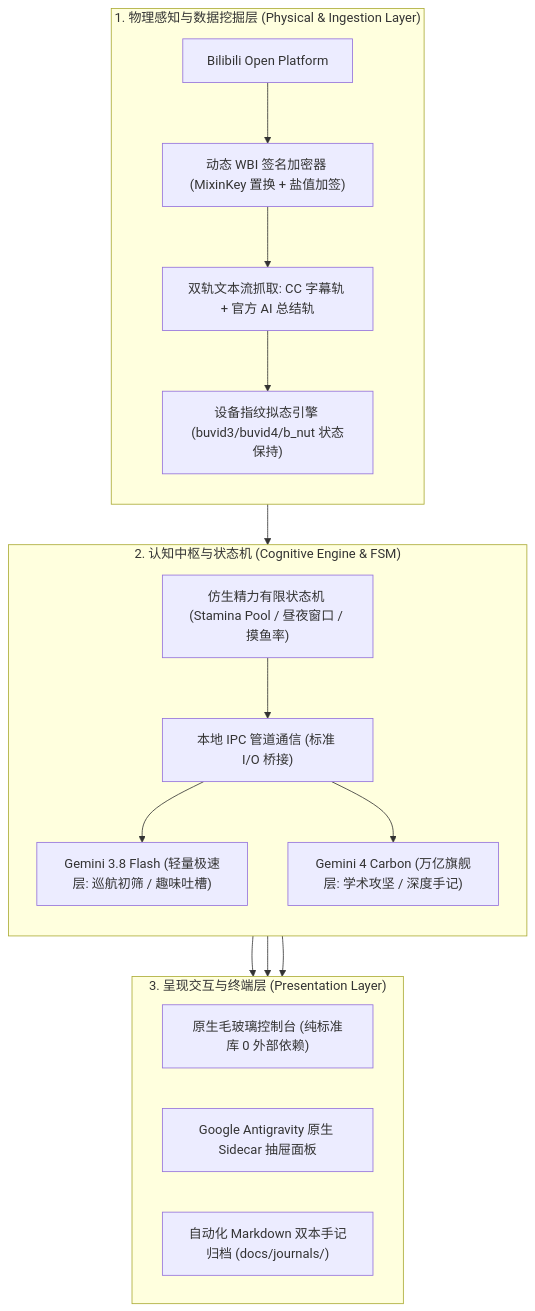
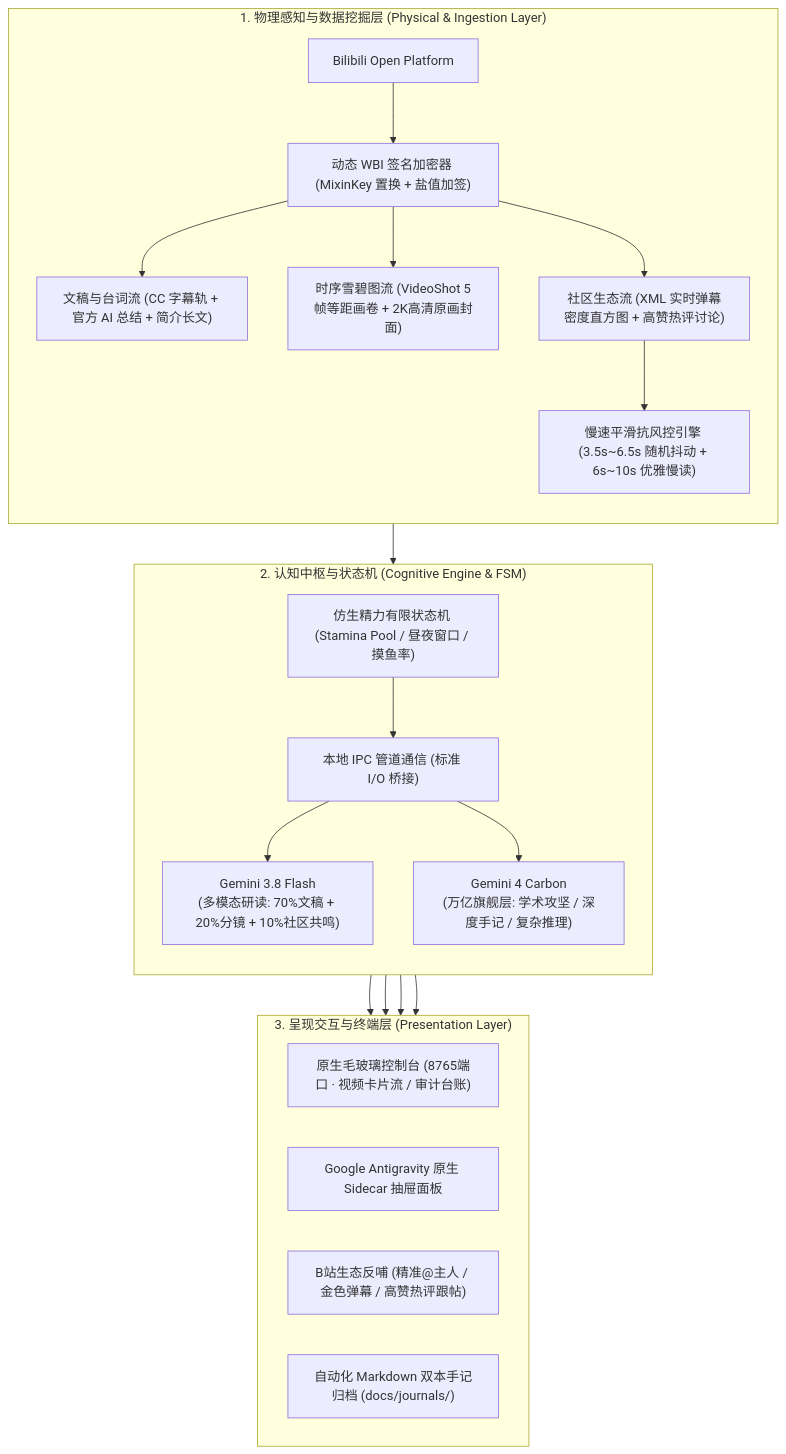
The first of 4 diagrams in README.md (SherlockYzz/cyber-hajimi-bili), drawn with Mermaid before and after one commit. The commit also changed other lines of this file and 7 other files, not shown here.

Commit message:
feat: implement transcript-first video comprehension, hot comment discussion participation, gentle anti-crawl pacing, and update README

````diff
--- a/README.md
+++ b/README.md
@@ -84,34 +87,38 @@
 ```mermaid
 flowchart TD
     subgraph Layer1["1. 物理感知与数据挖掘层 (Physical & Ingestion Layer)"]
         direction TB
         Bili["Bilibili Open Platform"] --> WBI["动态 WBI 签名加密器 (MixinKey 置换 + 盐值加签)"]
-        WBI --> Subtitle["双轨文本流抓取: CC 字幕轨 + 官方 AI 总结轨"]
-        Subtitle --> Fingerprint["设备指纹拟态引擎 (buvid3/buvid4/b_nut 状态保持)"]
+        WBI --> Subtitle["文稿与台词流 (CC 字幕轨 + 官方 AI 总结 + 简介长文)"]
+        WBI --> Visuals["时序雪碧图流 (VideoShot 5帧等距画卷 + 2K高清原画封面)"]
+        WBI --> Social["社区生态流 (XML 实时弹幕密度直方图 + 高赞热评讨论)"]
+        Social --> AntiCrawl["慢速平滑抗风控引擎 (3.5s~6.5s 随机抖动 + 6s~10s 优雅慢读)"]
     end
 
     subgraph Layer2["2. 认知中枢与状态机 (Cognitive Engine & FSM)"]
         direction TB
         Pipe["本地 IPC 管道通信 (标准 I/O 桥接)"]
         FSM["仿生精力有限状态机 (Stamina Pool / 昼夜窗口 / 摸鱼率)"]
         
-        FlashModel["Gemini 3.8 Flash (轻量极速层: 巡航初筛 / 趣味吐槽)"]
-        CarbonModel["Gemini 4 Carbon (万亿旗舰层: 学术攻坚 / 深度手记)"]
+        FlashModel["Gemini 3.8 Flash<br/>(多模态研读: 70%文稿 + 20%分镜 + 10%社区共鸣)"]
+        CarbonModel["Gemini 4 Carbon<br/>(万亿旗舰层: 学术攻坚 / 深度手记 / 复杂推理)"]
         
         Pipe --> FlashModel
         Pipe --> CarbonModel
         FSM --> Pipe
     end
 
     subgraph Layer3["3. 呈现交互与终端层 (Presentation Layer)"]
         direction LR
-        WebUI["原生毛玻璃控制台 (纯标准库 0 外部依赖)"]
+        WebUI["原生毛玻璃控制台 (8765端口 · 视频卡片流 / 审计台账)"]
         Sidecar["Google Antigravity 原生 Sidecar 抽屉面板"]
+        BiliAct["B站生态反哺 (精准@主人 / 金色弹幕 / 高赞热评跟帖)"]
         Journal["自动化 Markdown 双本手记归档 (docs/journals/)"]
     end
 
     Layer1 --> Pipe
     FlashModel --> WebUI
+    FlashModel --> BiliAct
     CarbonModel --> Journal
     FlashModel --> Sidecar
 ```
````
